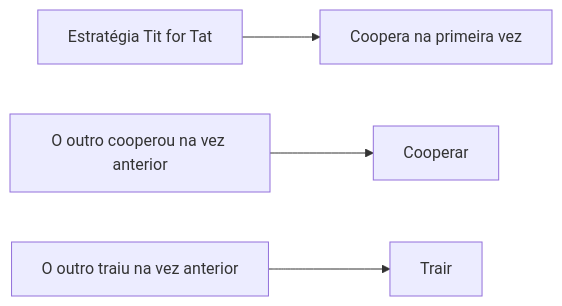
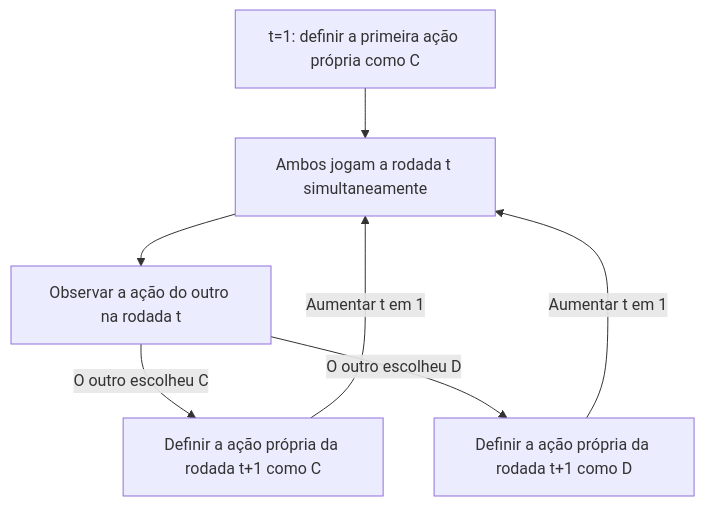
Before and after one commit to kenjinote/blog: the second of 2 diagrams in content/post/paradox-prisoners-dilemma/index.pt.md, drawn with Mermaid. The commit also changed other lines of this file and 9 other files, not shown here.

````diff
--- a/content/post/paradox-prisoners-dilemma/index.pt.md
+++ b/content/post/paradox-prisoners-dilemma/index.pt.md
@@ -106,12 +95,9 @@
 ```mermaid
-graph LR
-    A["Estratégia Tit for Tat"]
-    B["Coopera na primeira vez"]
-    C["O outro cooperou na vez anterior"]
-    D["O outro traiu na vez anterior"]
-    E["Cooperar"]
-    F["Trair"]
-    A --> B
-    C --> E
-    D --> F
+graph TD
+    Start["t=1: definir a primeira ação própria como C"] --> Play["Ambos jogam a rodada t simultaneamente"]
+    Play --> Observe["Observar a ação do outro na rodada t"]
+    Observe -->|"O outro escolheu C"| NextC["Definir a ação própria da rodada t+1 como C"]
+    Observe -->|"O outro escolheu D"| NextD["Definir a ação própria da rodada t+1 como D"]
+    NextC -->|"Aumentar t em 1"| Play
+    NextD -->|"Aumentar t em 1"| Play
 ```
````
